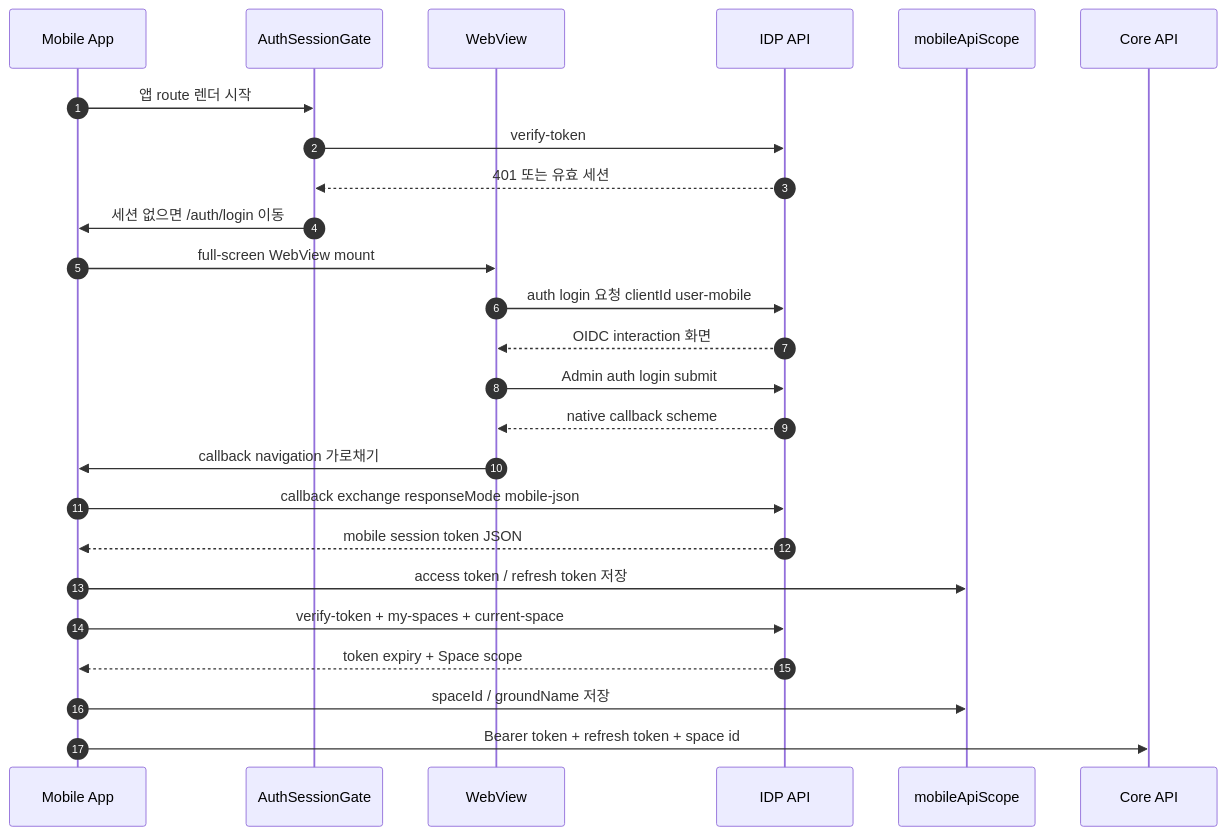
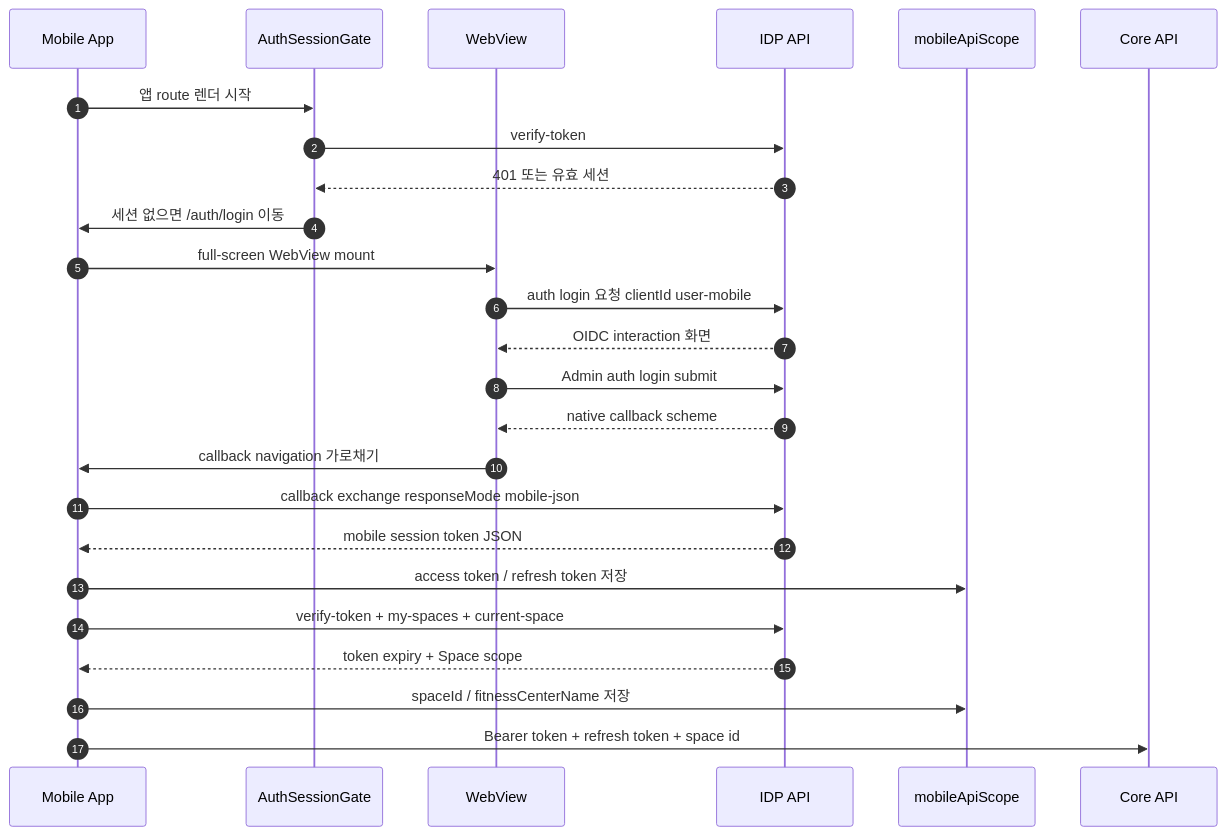
The second of 4 diagrams in docs/mobile-oidc-flow.guide.md (kimjoongwon/prj-core), drawn with Mermaid before and after one commit. The commit also changed other lines of this file and 1360 other files, not shown here.

Commit message:
refactor(schema): Ground를 FitnessCenter로 전환

````diff
--- a/docs/mobile-oidc-flow.guide.md
+++ b/docs/mobile-oidc-flow.guide.md
@@ -98,28 +98,28 @@
 ```mermaid
 sequenceDiagram
   autonumber
   participant App as Mobile App
   participant Gate as AuthSessionGate
   participant WV as WebView
   participant IDP as IDP API
   participant Scope as mobileApiScope
   participant Core as Core API
 
   App->>Gate: 앱 route 렌더 시작
   Gate->>IDP: verify-token
   IDP-->>Gate: 401 또는 유효 세션
   Gate->>App: 세션 없으면 /auth/login 이동
   App->>WV: full-screen WebView mount
   WV->>IDP: auth login 요청 clientId user-mobile
   IDP-->>WV: OIDC interaction 화면
   WV->>IDP: Admin auth login submit
   IDP-->>WV: native callback scheme
   WV->>App: callback navigation 가로채기
   App->>IDP: callback exchange responseMode mobile-json
   IDP-->>App: mobile session token JSON
   App->>Scope: access token / refresh token 저장
   App->>IDP: verify-token + my-spaces + current-space
   IDP-->>App: token expiry + Space scope
-  App->>Scope: spaceId / groundName 저장
+  App->>Scope: spaceId / fitnessCenterName 저장
   App->>Core: Bearer token + refresh token + space id
 ```
````
